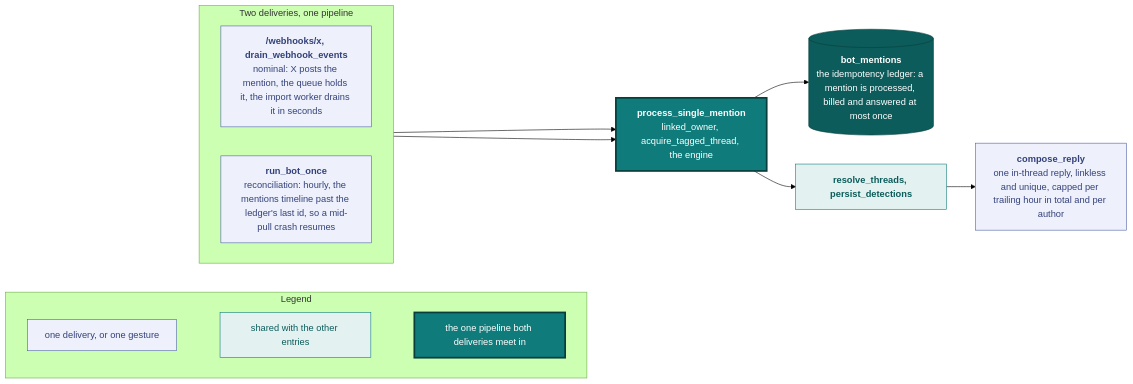
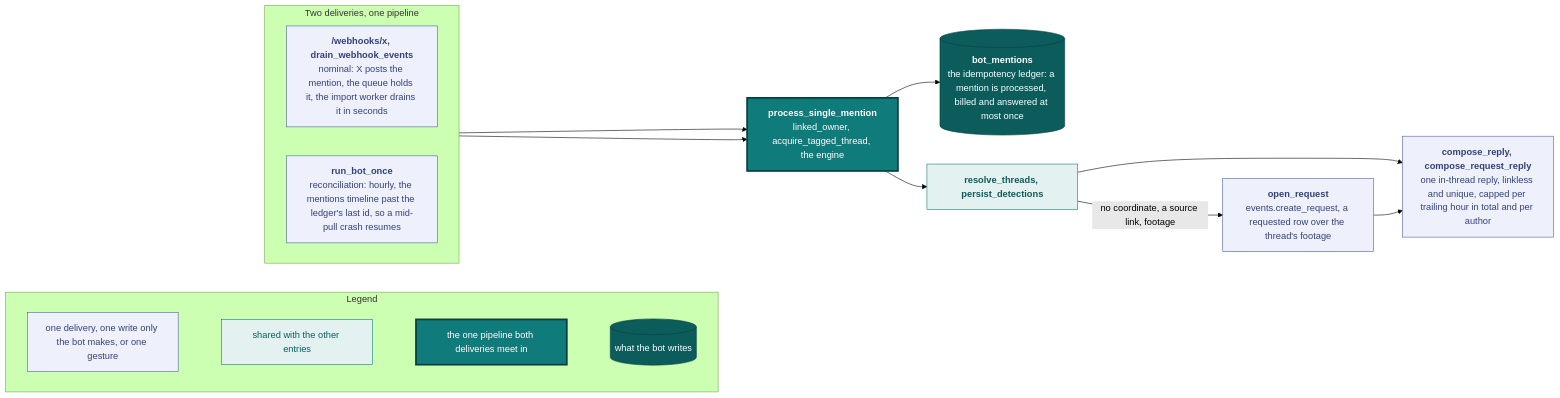
The fourth of 6 diagrams in docs/ingestion.md (vidithq/vidit), drawn with Mermaid (forest theme) before and after one commit. The commit also changed other lines of this file and 68 other files, not shown here.

First line of the commit message:
feat(bot): requests from mirror posts, owner edit of open requests, cut v0.6.3 (#342)

````diff
--- a/docs/ingestion.md
+++ b/docs/ingestion.md
@@ -292,36 +309,40 @@
 ```mermaid
 flowchart LR
   classDef spec fill:#eef1fb,stroke:#4a5fa5,color:#33417a
   classDef shared fill:#e3f2f1,stroke:#0f7b7a,color:#0b5c5b
   classDef core fill:#0f7b7a,stroke:#083f3e,stroke-width:3px,color:#ffffff
   classDef store fill:#0b5c5b,stroke:#083f3e,color:#ffffff
 
   subgraph legend [Legend]
     direction LR
-    l1["`one delivery, or one gesture`"]:::spec
+    l1["`one delivery, one write only the bot makes, or one gesture`"]:::spec
     l2["`shared with the other entries`"]:::shared
     l3["`the one pipeline both deliveries meet in`"]:::core
-    l1 ~~~ l2 ~~~ l3
+    l4[("`what the bot writes`")]:::store
+    l1 ~~~ l2 ~~~ l3 ~~~ l4
   end
 
   subgraph deliveries [Two deliveries, one pipeline]
     direction LR
     wh["`**/webhooks/x, drain_webhook_events**
     nominal: X posts the mention, the queue holds it, the import worker drains it in seconds`"]:::spec
     poll["`**run_bot_once**
     reconciliation: hourly, the mentions timeline past the ledger's last id, so a mid-pull crash resumes`"]:::spec
   end
 
   one["`**process_single_mention**
   linked_owner, acquire_tagged_thread, the engine`"]:::core
   ledger[("`**bot_mentions**
   the idempotency ledger: a mention is processed, billed and answered at most once`")]:::store
   engine["`**resolve_threads, persist_detections**`"]:::shared
-  reply["`**compose_reply**
+  request["`**open_request**
+  events.create_request, a requested row over the thread's footage`"]:::spec
+  reply["`**compose_reply, compose_request_reply**
   one in-thread reply, linkless and unique, capped per trailing hour in total and per author`"]:::spec
 
   wh --> one
   poll --> one
   one --> ledger
   one --> engine --> reply
+  engine -- "no coordinate, a source link, footage" --> request --> reply
 ```
````
